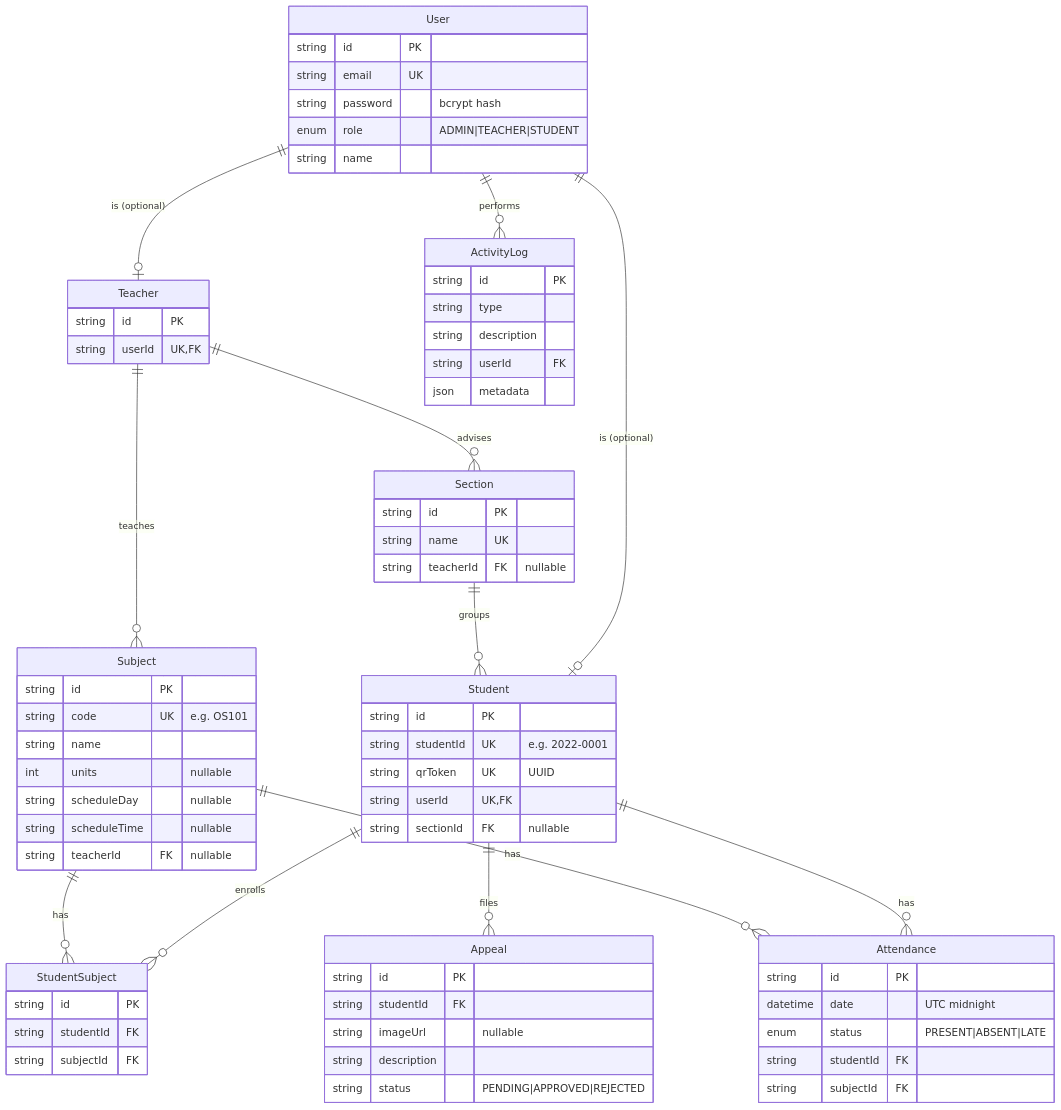
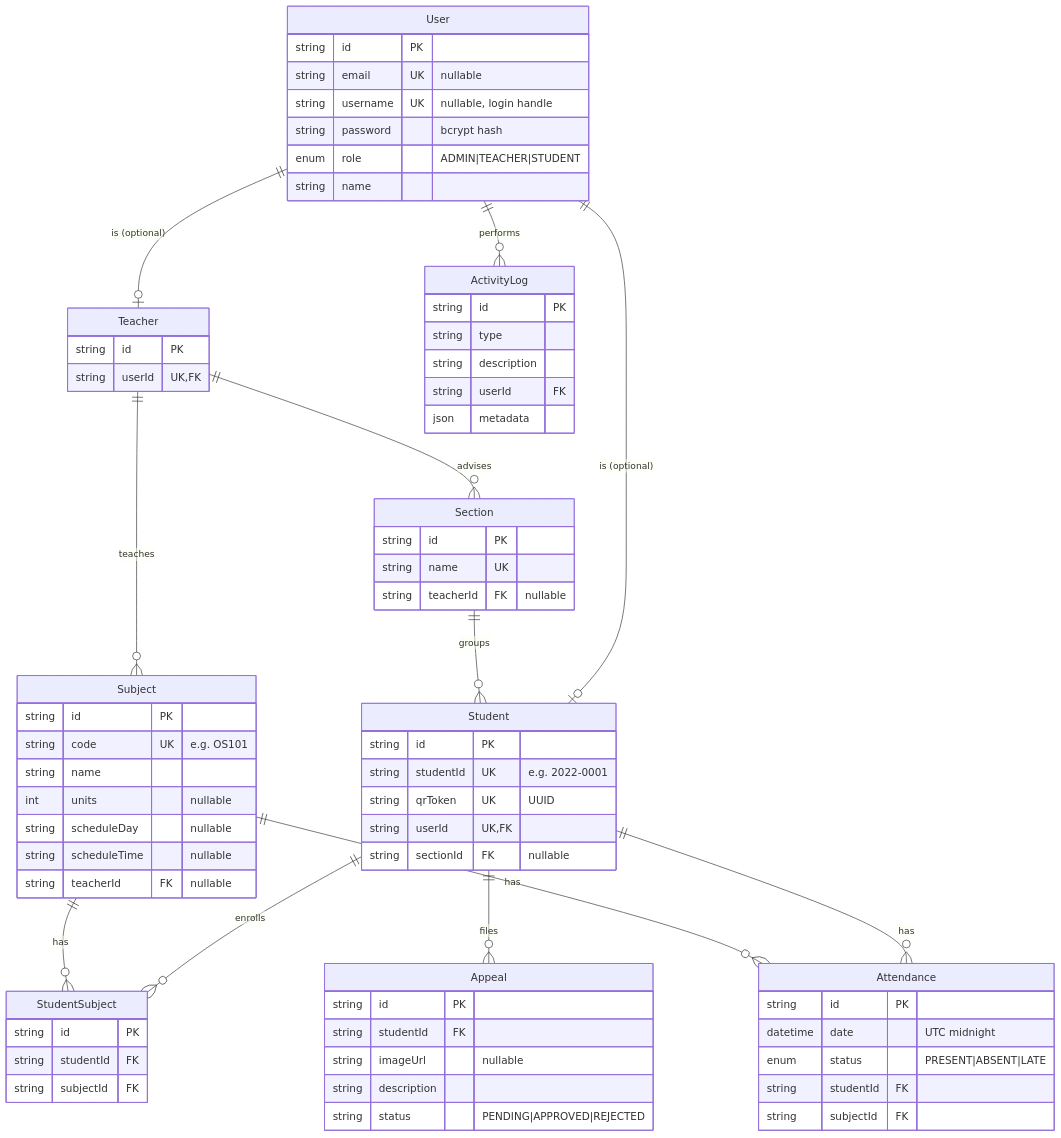
Before and after one commit to haruhadj/secure-qr-attendance: the diagram in docs/database/er-diagram.md, drawn with Mermaid. The commit also changed 9 other files, not shown here.

First line of the commit message:
docs: reflect optional email + name-derived login usernames

````diff
--- a/docs/database/er-diagram.md
+++ b/docs/database/er-diagram.md
@@ -8,78 +8,79 @@
 ```mermaid
 erDiagram
     User ||--o| Teacher : "is (optional)"
     User ||--o| Student : "is (optional)"
     User ||--o{ ActivityLog : "performs"
 
     Teacher ||--o{ Section : "advises"
     Teacher ||--o{ Subject : "teaches"
 
     Section ||--o{ Student : "groups"
 
     Student ||--o{ StudentSubject : "enrolls"
     Subject ||--o{ StudentSubject : "has"
 
     Student ||--o{ Attendance : "has"
     Subject ||--o{ Attendance : "has"
 
     Student ||--o{ Appeal : "files"
 
     User {
         string id PK
-        string email UK
+        string email UK "nullable"
+        string username UK "nullable, login handle"
         string password "bcrypt hash"
         enum   role "ADMIN|TEACHER|STUDENT"
         string name
     }
     Teacher {
         string id PK
         string userId UK,FK
     }
     Student {
         string id PK
         string studentId UK "e.g. 2022-0001"
         string qrToken UK "UUID"
         string userId UK,FK
         string sectionId FK "nullable"
     }
     Section {
         string id PK
         string name UK
         string teacherId FK "nullable"
     }
     Subject {
         string id PK
         string code UK "e.g. OS101"
         string name
         int    units "nullable"
         string scheduleDay "nullable"
         string scheduleTime "nullable"
         string teacherId FK "nullable"
     }
     StudentSubject {
         string id PK
         string studentId FK
         string subjectId FK
     }
     Attendance {
         string id PK
         datetime date "UTC midnight"
         enum   status "PRESENT|ABSENT|LATE"
         string studentId FK
         string subjectId FK
     }
     Appeal {
         string id PK
         string studentId FK
         string imageUrl "nullable"
         string description
         string status "PENDING|APPROVED|REJECTED"
     }
     ActivityLog {
         string id PK
         string type
         string description
         string userId FK
         json   metadata
     }
 ```
````
